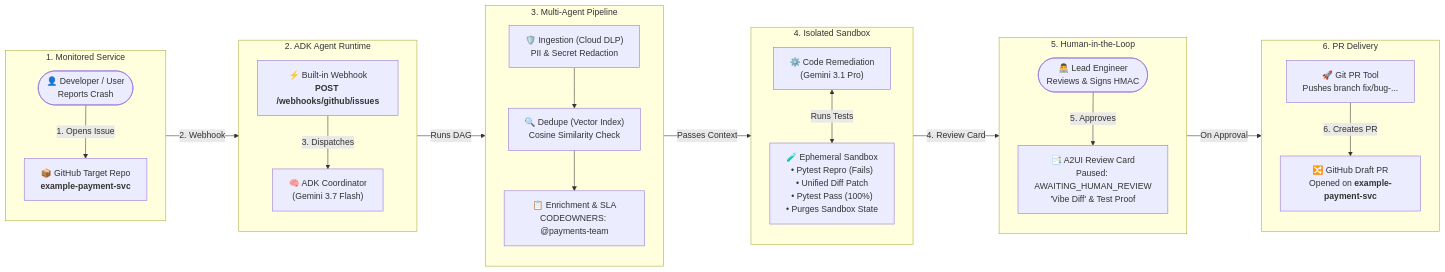
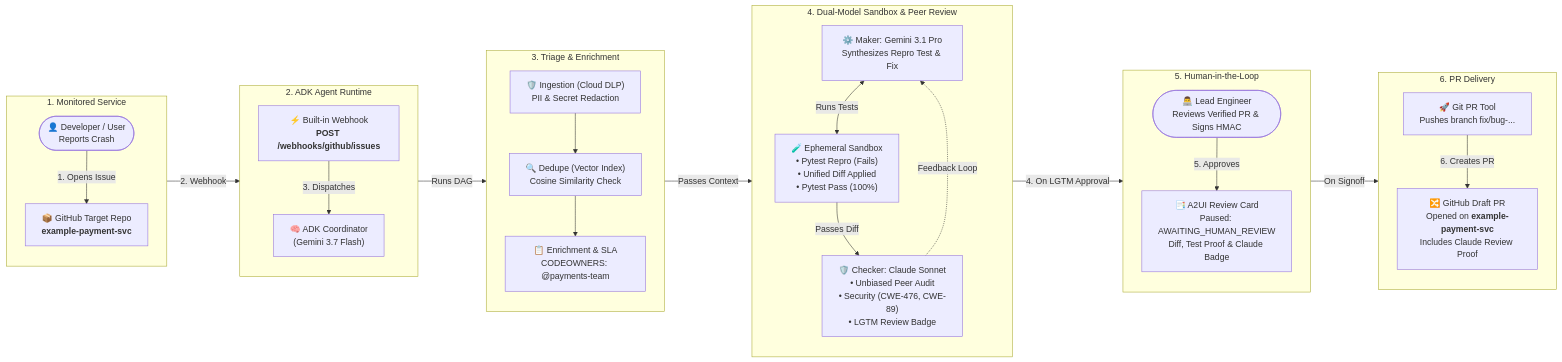
Before and after one commit to aiarchitect2406/bugtriage-agent: the diagram in README.md, drawn with Mermaid. The commit also changed other lines of this file and 11 other files, not shown here.

Commit message:
feat: implement Maker-Checker dual verification with Claude CodeReviewAgent and update Reference Architecture

````diff
--- a/README.md
+++ b/README.md
@@ -42,51 +44,55 @@
 ```mermaid
 flowchart LR
     subgraph S1["1. Monitored Service"]
         direction TB
         User(["👤 Developer / User<br/>Reports Crash"])
         TargetRepo["📦 GitHub Target Repo<br/><b>example-payment-svc</b>"]
         User -->|"1. Opens Issue"| TargetRepo
     end
 
     subgraph S2["2. ADK Agent Runtime"]
         direction TB
         Webhook["⚡ Built-in Webhook<br/><b>POST /webhooks/github/issues</b>"]
         Coordinator["🧠 ADK Coordinator<br/>(Gemini 3.7 Flash)"]
         Webhook -->|"3. Dispatches"| Coordinator
     end
 
-    subgraph S3["3. Multi-Agent Pipeline"]
+    subgraph S3["3. Triage & Enrichment"]
         direction TB
         DLP["🛡️ Ingestion (Cloud DLP)<br/>PII & Secret Redaction"]
         Dedupe["🔍 Dedupe (Vector Index)<br/>Cosine Similarity Check"]
         Enrich["📋 Enrichment & SLA<br/>CODEOWNERS: @payments-team"]
         DLP --> Dedupe --> Enrich
     end
 
-    subgraph S4["4. Isolated Sandbox"]
+    subgraph S4["4. Dual-Model Sandbox & Peer Review"]
         direction TB
-        Remediate["⚙️ Code Remediation<br/>(Gemini 3.1 Pro)"]
-        Sandbox["🧪 Ephemeral Sandbox<br/>• Pytest Repro (Fails)<br/>• Unified Diff Patch<br/>• Pytest Pass (100%)<br/>• Purges Sandbox State"]
-        Remediate <-->|"Runs Tests"| Sandbox
+        Maker["⚙️ Maker: Gemini 3.1 Pro<br/>Synthesizes Repro Test & Fix"]
+        Sandbox["🧪 Ephemeral Sandbox<br/>• Pytest Repro (Fails)<br/>• Unified Diff Applied<br/>• Pytest Pass (100%)"]
+        Reviewer["🛡️ Checker: Claude Sonnet<br/>• Unbiased Peer Audit<br/>• Security (CWE-476, CWE-89)<br/>• LGTM Review Badge"]
+        
+        Maker <-->|"Runs Tests"| Sandbox
+        Sandbox -->|"Passes Diff"| Reviewer
+        Reviewer -.->|"Feedback Loop"| Maker
     end
 
     subgraph S5["5. Human-in-the-Loop"]
         direction TB
-        A2UI["📑 A2UI Review Card<br/>Paused: AWAITING_HUMAN_REVIEW<br/>'Vibe Diff' & Test Proof"]
-        Engineer(["👨‍💻 Lead Engineer<br/>Reviews & Signs HMAC"])
+        A2UI["📑 A2UI Review Card<br/>Paused: AWAITING_HUMAN_REVIEW<br/>Diff, Test Proof & Claude Badge"]
+        Engineer(["👨‍💻 Lead Engineer<br/>Reviews Verified PR & Signs HMAC"])
         Engineer -->|"5. Approves"| A2UI
     end
 
     subgraph S6["6. PR Delivery"]
         direction TB
         GitTool["🚀 Git PR Tool<br/>Pushes branch fix/bug-..."]
-        DraftPR["🔀 GitHub Draft PR<br/>Opened on <b>example-payment-svc</b>"]
+        DraftPR["🔀 GitHub Draft PR<br/>Opened on <b>example-payment-svc</b><br/>Includes Claude Review Proof"]
         GitTool -->|"6. Creates PR"| DraftPR
     end
 
     TargetRepo -->|"2. Webhook"| Webhook
     Coordinator -->|"Runs DAG"| DLP
-    Enrich -->|"Passes Context"| Remediate
-    Sandbox -->|"4. Review Card"| A2UI
-    A2UI -->|"On Approval"| GitTool
+    Enrich -->|"Passes Context"| Maker
+    Reviewer -->|"4. On LGTM Approval"| A2UI
+    A2UI -->|"On Signoff"| GitTool
 ```
````
